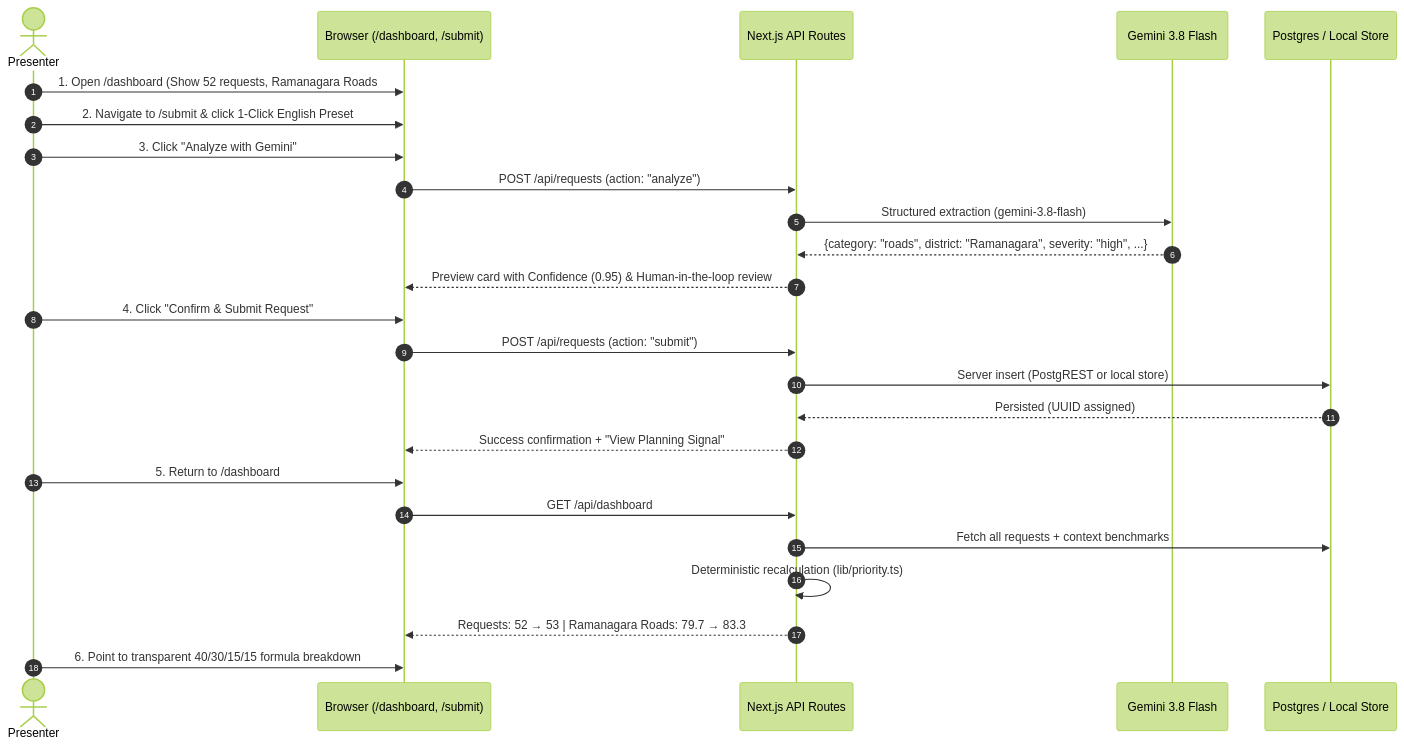
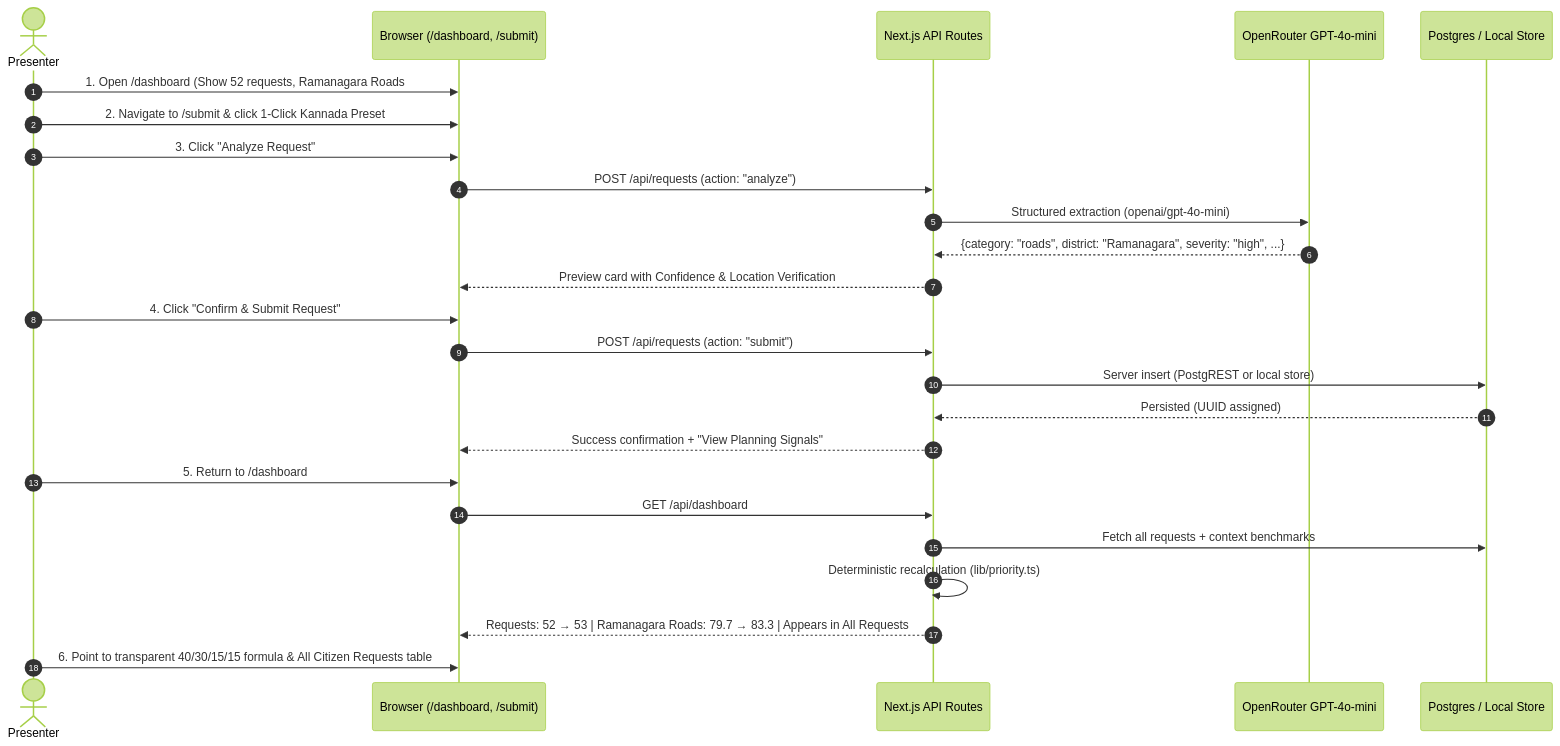
Before and after one commit to preethamsolanki28/jansanket: the first of 2 diagrams in docs/05_demo_and_pitch.md, drawn with Mermaid (forest theme). The commit also changed other lines of this file and 19 other files, not shown here.

Commit message:
feat: expand citizen intake nationwide, decouple pilot analytics, and add all-requests dashboard feed

````diff
--- a/docs/05_demo_and_pitch.md
+++ b/docs/05_demo_and_pitch.md
@@ -5,28 +5,28 @@
 ```mermaid
 sequenceDiagram
     autonumber
     actor Presenter
     participant UI as Browser (/dashboard, /submit)
     participant API as Next.js API Routes
-    participant AI as Gemini 3.8 Flash
+    participant AI as OpenRouter GPT-4o-mini
     participant DB as Postgres / Local Store
     
     Presenter->>UI: 1. Open /dashboard (Show 52 requests, Ramanagara Roads #1 at 79.7)
-    Presenter->>UI: 2. Navigate to /submit & click 1-Click English Preset
-    Presenter->>UI: 3. Click "Analyze with Gemini"
+    Presenter->>UI: 2. Navigate to /submit & click 1-Click Kannada Preset
+    Presenter->>UI: 3. Click "Analyze Request"
     UI->>API: POST /api/requests (action: "analyze")
-    API->>AI: Structured extraction (gemini-3.8-flash)
+    API->>AI: Structured extraction (openai/gpt-4o-mini)
     AI-->>API: {category: "roads", district: "Ramanagara", severity: "high", ...}
-    API-->>UI: Preview card with Confidence (0.95) & Human-in-the-loop review
+    API-->>UI: Preview card with Confidence & Location Verification
     Presenter->>UI: 4. Click "Confirm & Submit Request"
     UI->>API: POST /api/requests (action: "submit")
     API->>DB: Server insert (PostgREST or local store)
     DB-->>API: Persisted (UUID assigned)
-    API-->>UI: Success confirmation + "View Planning Signal"
+    API-->>UI: Success confirmation + "View Planning Signals"
     Presenter->>UI: 5. Return to /dashboard
     UI->>API: GET /api/dashboard
     API->>DB: Fetch all requests + context benchmarks
     API->>API: Deterministic recalculation (lib/priority.ts)
-    API-->>UI: Requests: 52 → 53 | Ramanagara Roads: 79.7 → 83.3
-    Presenter->>UI: 6. Point to transparent 40/30/15/15 formula breakdown
+    API-->>UI: Requests: 52 → 53 | Ramanagara Roads: 79.7 → 83.3 | Appears in All Requests
+    Presenter->>UI: 6. Point to transparent 40/30/15/15 formula & All Citizen Requests table
 ```
````
